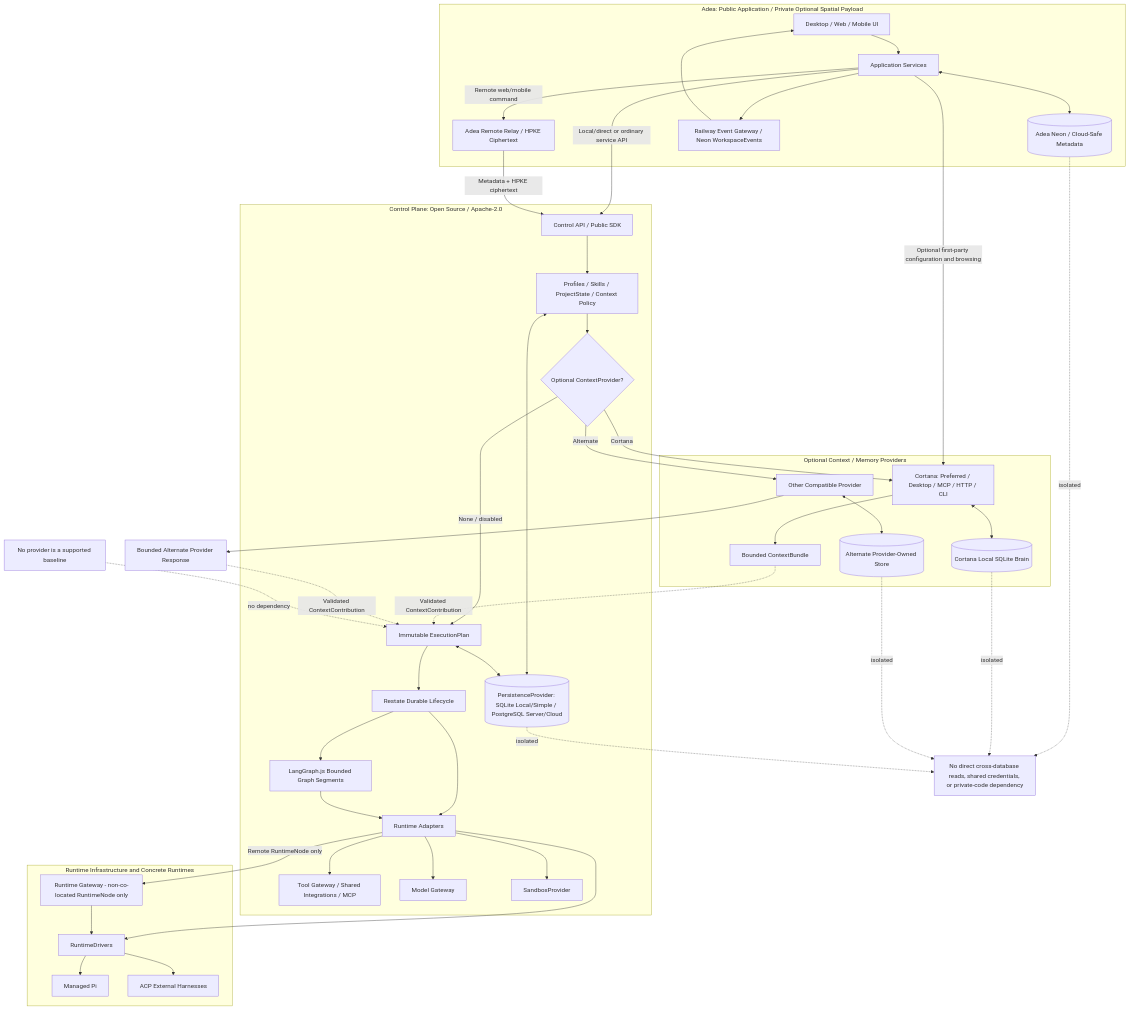
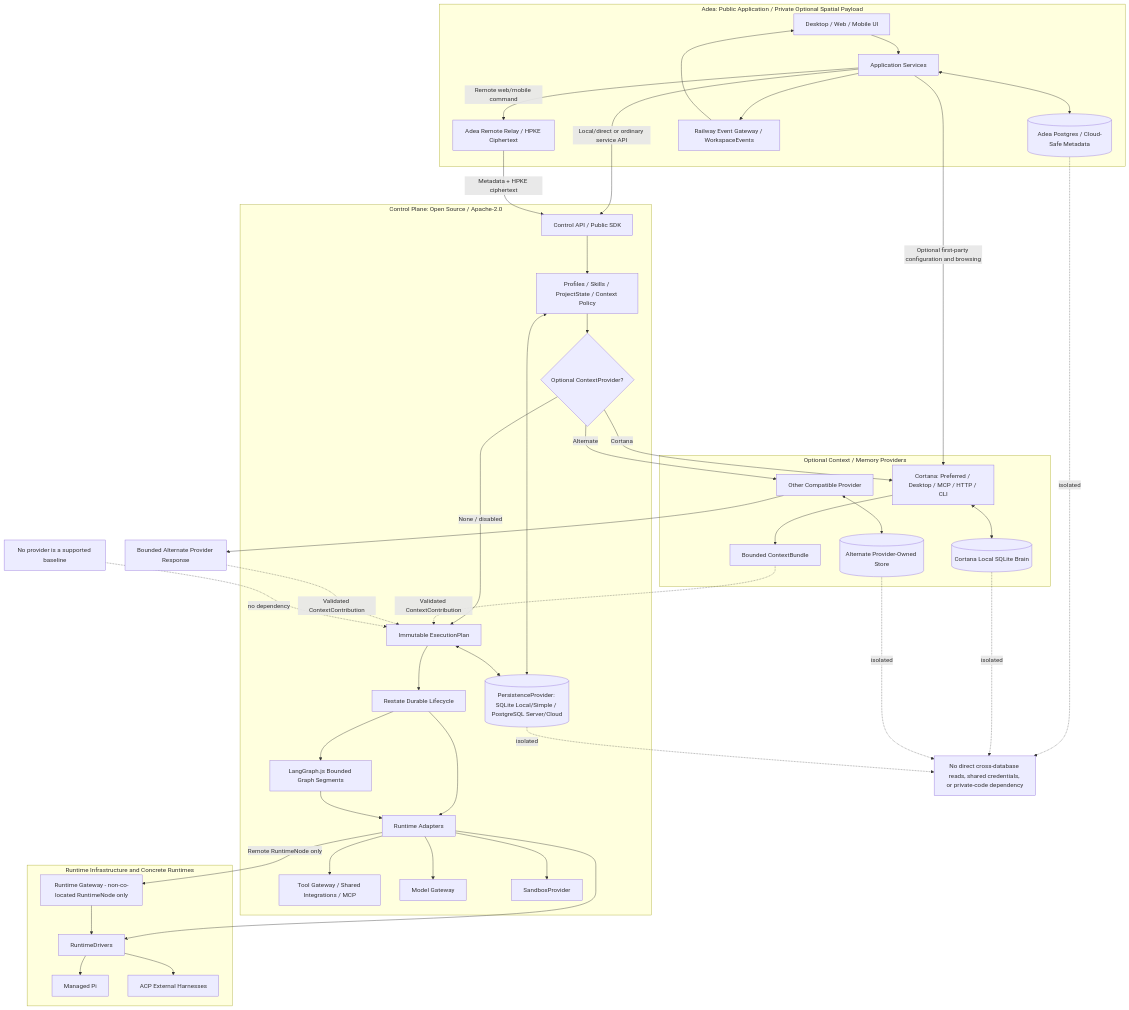
One commit to adea-ai/adea changed the second of 18 diagrams in docs/architecture/diagram-sources.md. Above: the diagram before and after it, drawn with Mermaid. The commit also changed other lines of this file and 146 other files, not shown here.

````diff
--- a/docs/architecture/diagram-sources.md
+++ b/docs/architecture/diagram-sources.md
@@ -67,75 +67,75 @@
 ```mermaid
 flowchart TB
     subgraph HQ["Adea: Public Application / Private Optional Spatial Payload"]
         C[Desktop / Web / Mobile UI]
         API[Application Services]
-        HQDB[(Adea Neon / Cloud-Safe Metadata)]
+        HQDB[(Adea Postgres / Cloud-Safe Metadata)]
         RELAY[Adea Remote Relay / HPKE Ciphertext]
-        EVT[Railway Event Gateway / Neon WorkspaceEvents]
+        EVT[Railway Event Gateway / WorkspaceEvents]
     end
     subgraph CP["Control Plane: Open Source / Apache-2.0"]
         CPAPI[Control API / Public SDK]
         POL[Profiles / Skills / ProjectState / Context Policy]
         CPO{Optional ContextProvider?}
         PLAN[Immutable ExecutionPlan]
         TW[Restate Durable Lifecycle]
         LG[LangGraph.js Bounded Graph Segments]
         RA[Runtime Adapters]
         TG[Tool Gateway / Shared Integrations / MCP]
         MG[Model Gateway]
         SB[SandboxProvider]
         CPDB[(PersistenceProvider: SQLite Local/Simple / PostgreSQL Server/Cloud)]
     end
     subgraph CT["Optional Context / Memory Providers"]
         CTAPI[Cortana: Preferred / Desktop / MCP / HTTP / CLI]
         CB[Bounded ContextBundle]
         CTDB[(Cortana Local SQLite Brain)]
         ALT[Other Compatible Provider]
         ALTDB[(Alternate Provider-Owned Store)]
     end
     subgraph RuntimeInfra["Runtime Infrastructure and Concrete Runtimes"]
         RG[Runtime Gateway - non-co-located RuntimeNode only]
         DR[RuntimeDrivers]
         PI[Managed Pi]
         EXT[ACP External Harnesses]
     end
     C --> API
     API <--> HQDB
     API --> EVT
     EVT --> C
     API -->|Local/direct or ordinary service API| CPAPI
     API -->|Remote web/mobile command| RELAY
     RELAY -->|Metadata + HPKE ciphertext| CPAPI
     API -->|Optional first-party configuration and browsing| CTAPI
     CPAPI --> POL
     POL --> CPO
     POL <--> CPDB
     PLAN <--> CPDB
     CPO -->|None / disabled| PLAN
     CPO -->|Cortana| CTAPI
     CPO -->|Alternate| ALT
     PLAN --> TW
     TW --> RA
     TW --> LG
     LG --> RA
     RA --> TG
     RA --> MG
     RA --> SB
     RA --> DR
     RA -->|Remote RuntimeNode only| RG
     CTAPI <--> CTDB
     CTAPI --> CB
     ALT <--> ALTDB
     ALT --> ACB[Bounded Alternate Provider Response]
     CB -. Validated ContextContribution .-> PLAN
     ACB -. Validated ContextContribution .-> PLAN
     RG --> DR
     DR --> PI
     DR --> EXT
     NOTE[No direct cross-database reads, shared credentials, or private-code dependency]
     HQDB -. isolated .-> NOTE
     CPDB -. isolated .-> NOTE
     CTDB -. isolated .-> NOTE
     ALTDB -. isolated .-> NOTE
     NONE[No provider is a supported baseline] -. no dependency .-> PLAN
 ```
````
